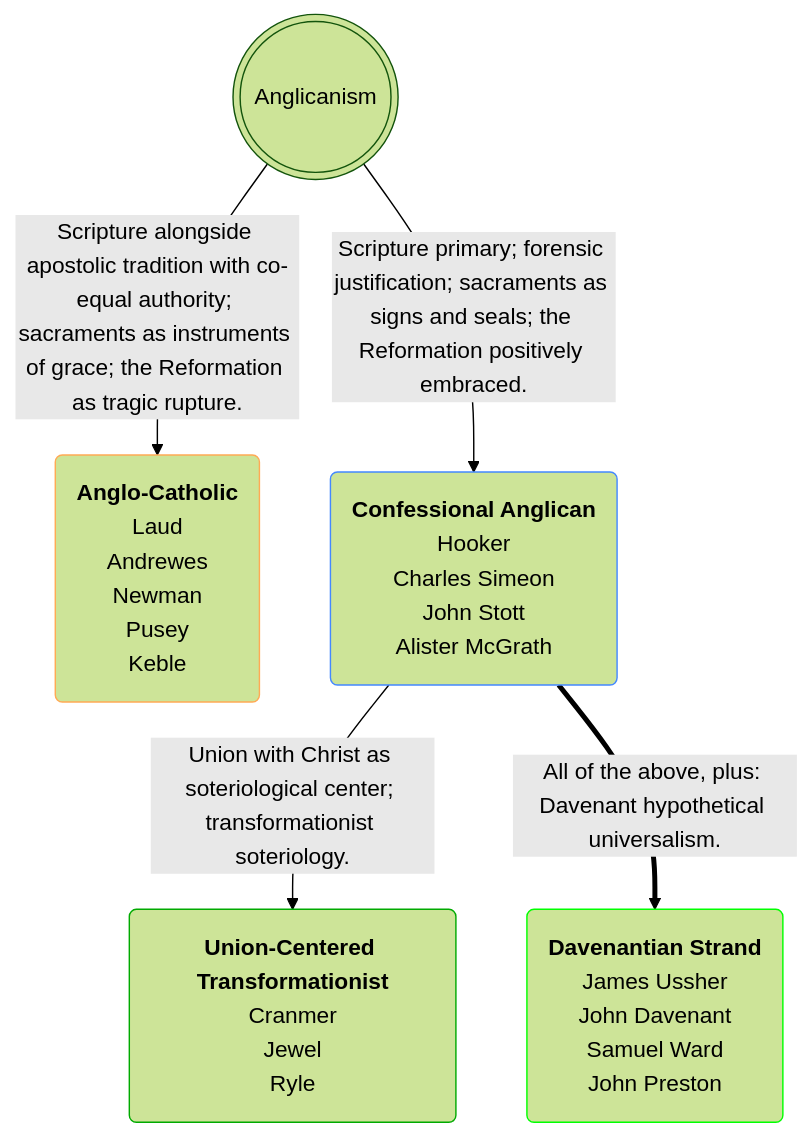
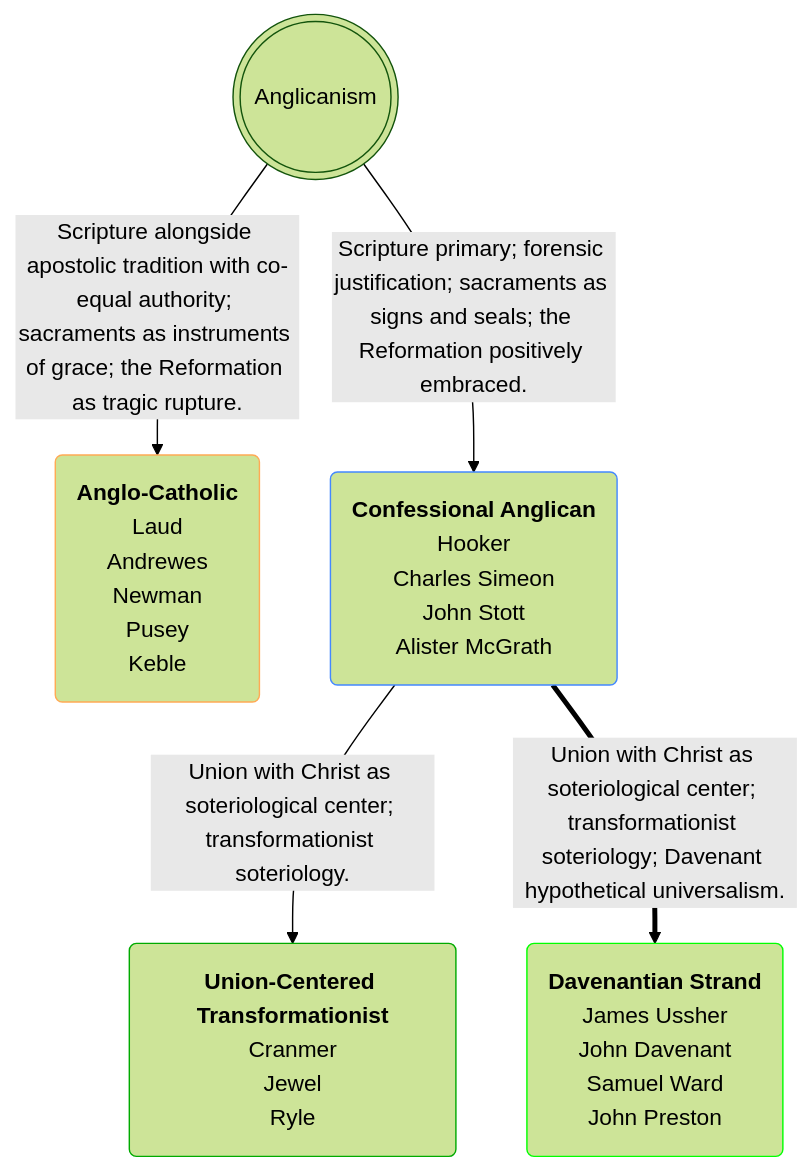
The first of 2 diagrams in _posts/2026-03-27-confessional-transformationist-anglo-catholic.markdown (OrdoLuminis/ordoluminis.github.io), drawn with Mermaid (forest theme) before and after one commit. The commit also changed other lines of this file, not shown here.

Commit message:
better wording

````diff
--- a/_posts/2026-03-27-confessional-transformationist-anglo-catholic.markdown
+++ b/_posts/2026-03-27-confessional-transformationist-anglo-catholic.markdown
@@ -44,12 +44,12 @@
 ```mermaid
 flowchart TD
     A(((Anglicanism)))
     A -->|Scripture alongside apostolic tradition with co-equal authority; sacraments as instruments of grace; the Reformation as tragic rupture.| B(<strong>Anglo-Catholic</strong><br>Laud<br>Andrewes<br>Newman<br>Pusey<br>Keble):::orange
     A -->|Scripture primary; forensic justification; sacraments as signs and seals; the Reformation positively embraced.| C(<strong>Confessional Anglican</strong><br>Hooker<br>Charles Simeon<br>John Stott<br>Alister McGrath):::blue
     C -->|Union with Christ as soteriological center; transformationist soteriology.| E(<strong>Union-Centered Transformationist</strong><br>Cranmer<br>Jewel<br>Ryle):::lightgreen
-    C ==>|All of the above, plus: Davenant hypothetical universalism.| D(<strong>Davenantian Strand</strong><br>James Ussher<br>John Davenant<br>Samuel Ward<br>John Preston):::green
+    C ==>|Union with Christ as soteriological center; transformationist soteriology; Davenant hypothetical universalism.| D(<strong>Davenantian Strand</strong><br>James Ussher<br>John Davenant<br>Samuel Ward<br>John Preston):::green
     classDef green stroke:#0f0
     classDef lightgreen stroke:#0a0
     classDef orange stroke:#fa5
     classDef blue stroke:#48f
 ```
````
